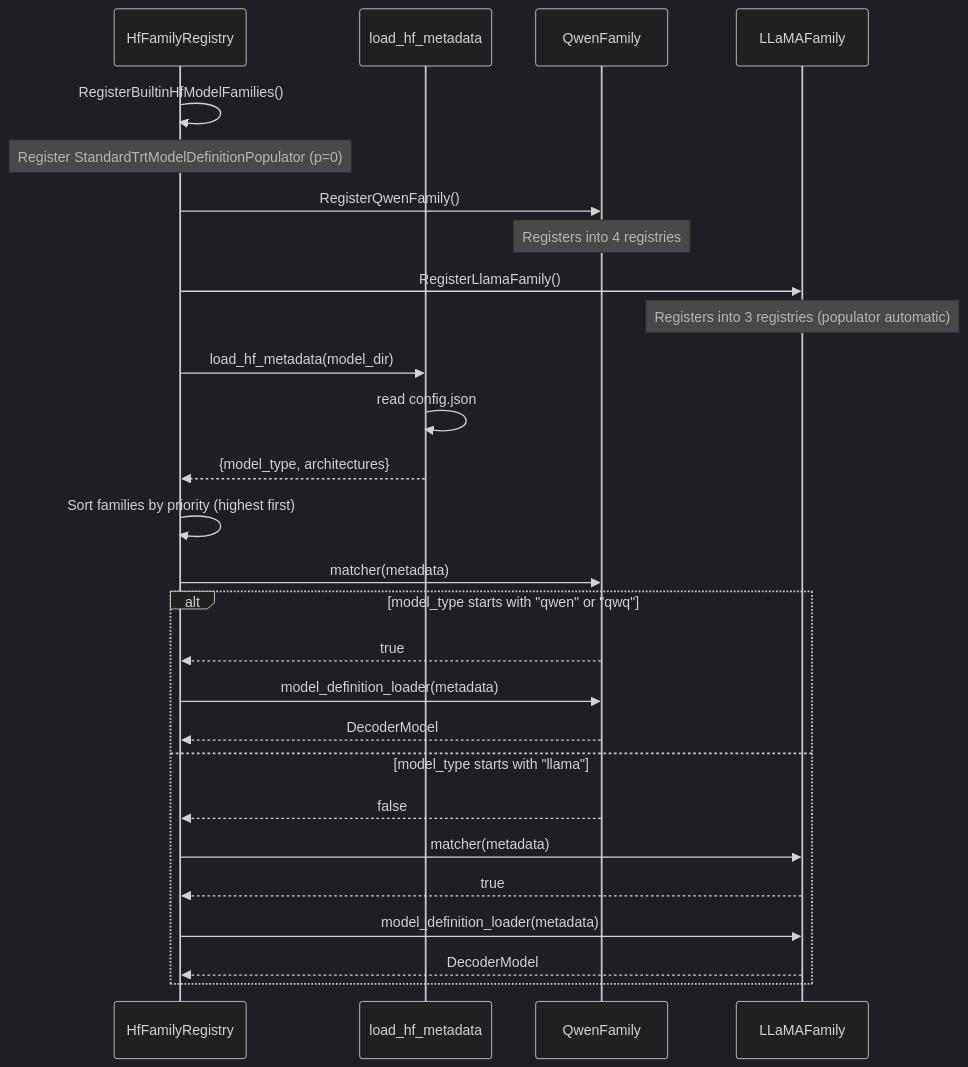
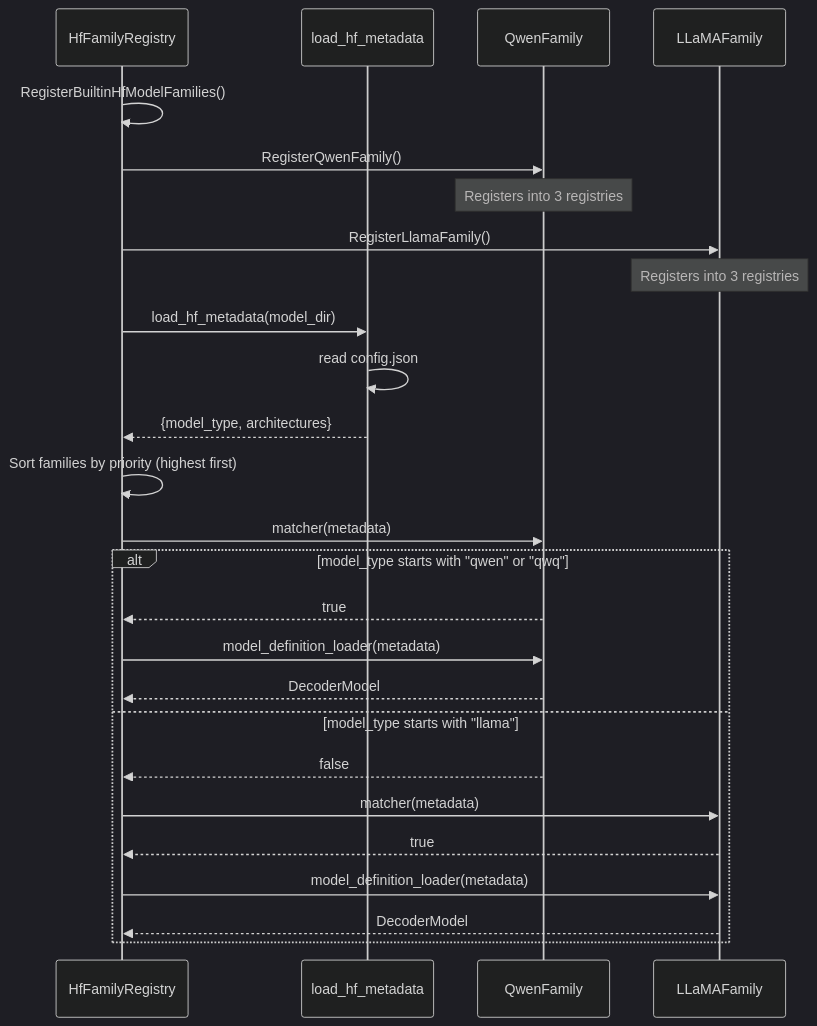
One commit to AbishekCoder1/TensorRT-Model-Connect changed the third of 8 diagrams in docs/wiki/Dynamic-Design.md. Above: the diagram before and after it, drawn with Mermaid (dark theme). The commit also changed other lines of this file and 76 other files, not shown here.

````diff
--- a/docs/wiki/Dynamic-Design.md
+++ b/docs/wiki/Dynamic-Design.md
@@ -176,33 +175,32 @@
 ```mermaid
 sequenceDiagram
     participant FR as HfFamilyRegistry
     participant Meta as load_hf_metadata
     participant Qwen as QwenFamily
     participant LLaMA as LLaMAFamily
 
     FR->>FR: RegisterBuiltinHfModelFamilies()
-    Note over FR: Register StandardTrtModelDefinitionPopulator (p=0)
     FR->>Qwen: RegisterQwenFamily()
-    Note over Qwen: Registers into 4 registries
+    Note over Qwen: Registers into 3 registries
     FR->>LLaMA: RegisterLlamaFamily()
-    Note over LLaMA: Registers into 3 registries (populator automatic)
+    Note over LLaMA: Registers into 3 registries
 
     FR->>Meta: load_hf_metadata(model_dir)
     Meta->>Meta: read config.json
     Meta-->>FR: {model_type, architectures}
 
     FR->>FR: Sort families by priority (highest first)
 
     FR->>Qwen: matcher(metadata)
     alt model_type starts with "qwen" or "qwq"
         Qwen-->>FR: true
         FR->>Qwen: model_definition_loader(metadata)
         Qwen-->>FR: DecoderModel
     else model_type starts with "llama"
         Qwen-->>FR: false
         FR->>LLaMA: matcher(metadata)
         LLaMA-->>FR: true
         FR->>LLaMA: model_definition_loader(metadata)
         LLaMA-->>FR: DecoderModel
     end
 ```
````
